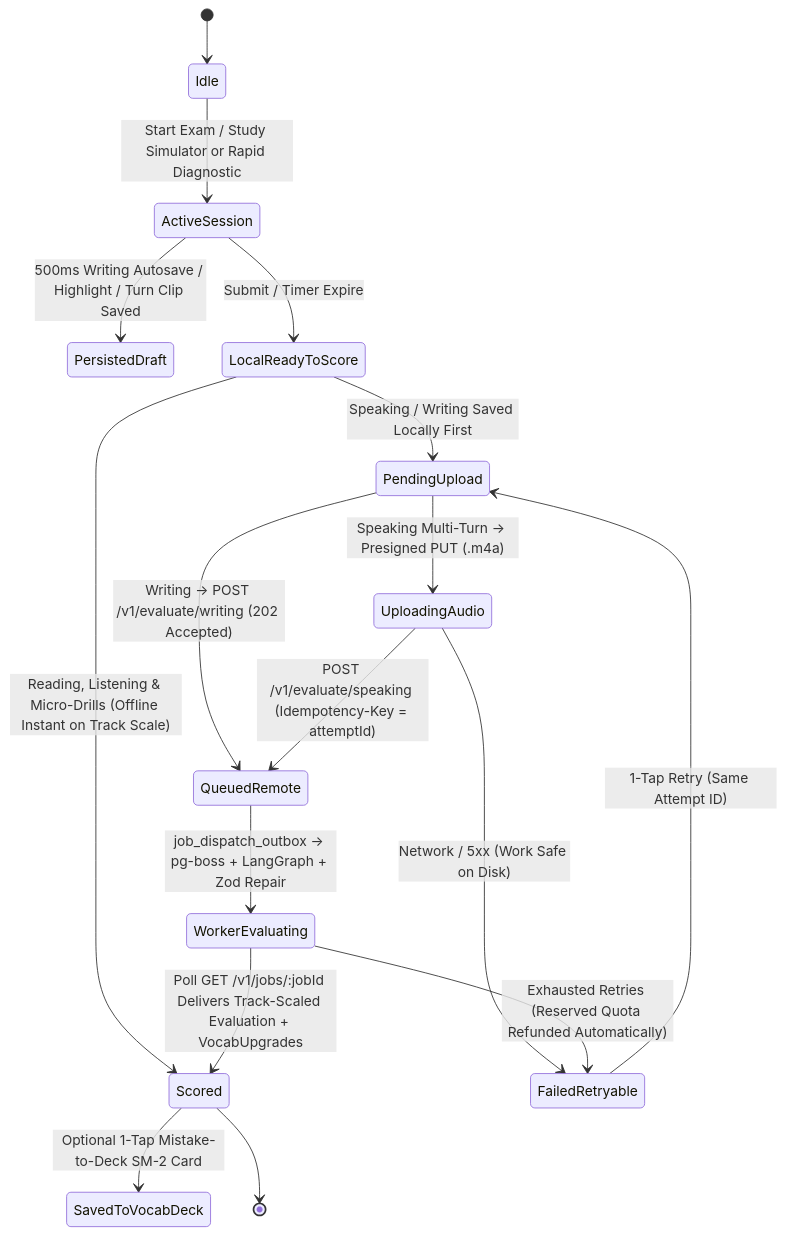
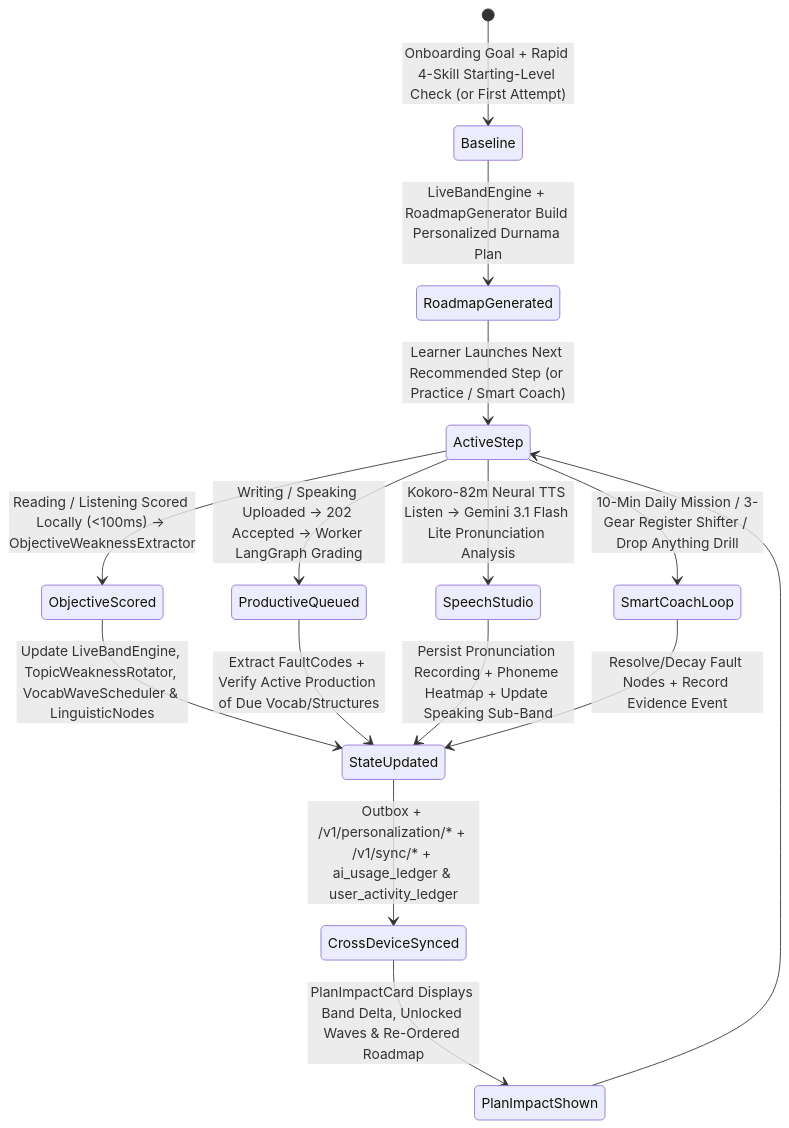
One commit to mehtee/mockza changed the second of 2 diagrams in docs/ADR.md. Above: the diagram before and after it, drawn with Mermaid. The commit also changed other lines of this file and 189 other files, not shown here.

````diff
--- a/docs/ADR.md
+++ b/docs/ADR.md
@@ -63,19 +85,17 @@
 ```mermaid
 stateDiagram-v2
-    [*] --> Idle
-    Idle --> ActiveSession : Start Exam / Study Simulator or Rapid Diagnostic
-    ActiveSession --> PersistedDraft : 500ms Writing Autosave / Highlight / Turn Clip Saved
-    ActiveSession --> LocalReadyToScore : Submit / Timer Expire
-    LocalReadyToScore --> Scored : Reading, Listening & Micro-Drills (Offline Instant on Track Scale)
-    LocalReadyToScore --> PendingUpload : Speaking / Writing Saved Locally First
-    PendingUpload --> UploadingAudio : Speaking Multi-Turn -> Presigned PUT (.m4a)
-    PendingUpload --> QueuedRemote : Writing -> POST /v1/evaluate/writing (202 Accepted)
-    UploadingAudio --> QueuedRemote : POST /v1/evaluate/speaking (Idempotency-Key = attemptId)
-    QueuedRemote --> WorkerEvaluating : job_dispatch_outbox -> pg-boss + LangGraph + Zod Repair
-    WorkerEvaluating --> Scored : Poll GET /v1/jobs/:jobId Delivers Track-Scaled Evaluation + VocabUpgrades
-    UploadingAudio --> FailedRetryable : Network / 5xx (Work Safe on Disk)
-    WorkerEvaluating --> FailedRetryable : Exhausted Retries (Reserved Quota Refunded Automatically)
-    FailedRetryable --> PendingUpload : 1-Tap Retry (Same Attempt ID)
-    Scored --> SavedToVocabDeck : Optional 1-Tap Mistake-to-Deck SM-2 Card
-    Scored --> [*]
+    [*] --> Baseline : Onboarding Goal + Rapid 4-Skill Starting-Level Check (or First Attempt)
+    Baseline --> RoadmapGenerated : LiveBandEngine + RoadmapGenerator Build Personalized Durnama Plan
+    RoadmapGenerated --> ActiveStep : Learner Launches Next Recommended Step (or Practice / Smart Coach)
+    ActiveStep --> ObjectiveScored : Reading / Listening Scored Locally (<100ms) -> ObjectiveWeaknessExtractor
+    ActiveStep --> ProductiveQueued : Writing / Speaking Uploaded -> 202 Accepted -> Worker LangGraph Grading
+    ActiveStep --> SpeechStudio : Kokoro-82m Neural TTS Listen -> Gemini 3.1 Flash Lite Pronunciation Analysis
+    ActiveStep --> SmartCoachLoop : 10-Min Daily Mission / 3-Gear Register Shifter / Drop Anything Drill
+    ObjectiveScored --> StateUpdated : Update LiveBandEngine, TopicWeaknessRotator, VocabWaveScheduler & LinguisticNodes
+    ProductiveQueued --> StateUpdated : Extract FaultCodes + Verify Active Production of Due Vocab/Structures
+    SpeechStudio --> StateUpdated : Persist Pronunciation Recording + Phoneme Heatmap + Update Speaking Sub-Band
+    SmartCoachLoop --> StateUpdated : Resolve/Decay Fault Nodes + Record Evidence Event
+    StateUpdated --> CrossDeviceSynced : Outbox + /v1/personalization/* + /v1/sync/* + ai_usage_ledger & user_activity_ledger
+    CrossDeviceSynced --> PlanImpactShown : PlanImpactCard Displays Band Delta, Unlocked Waves & Re-Ordered Roadmap
+    PlanImpactShown --> ActiveStep
 ```
````
